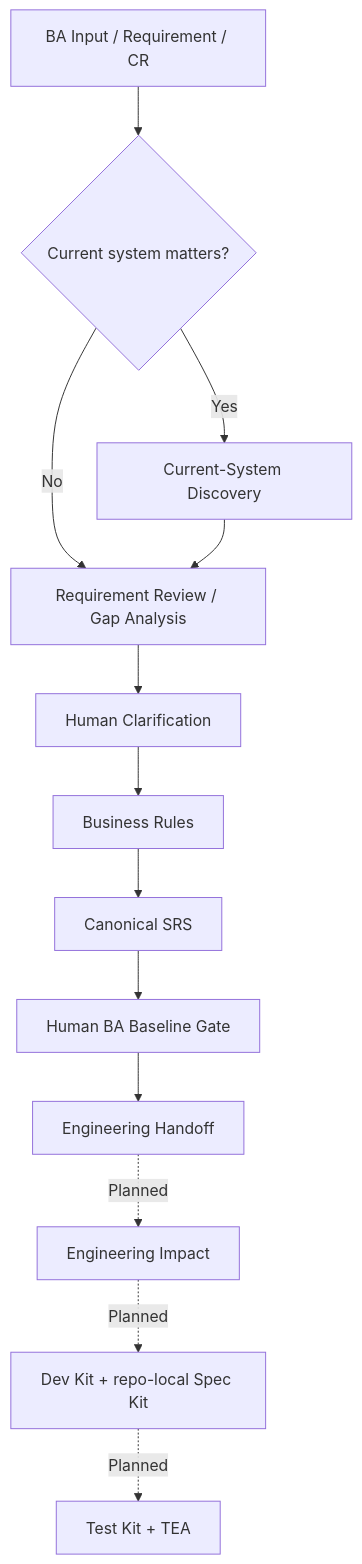
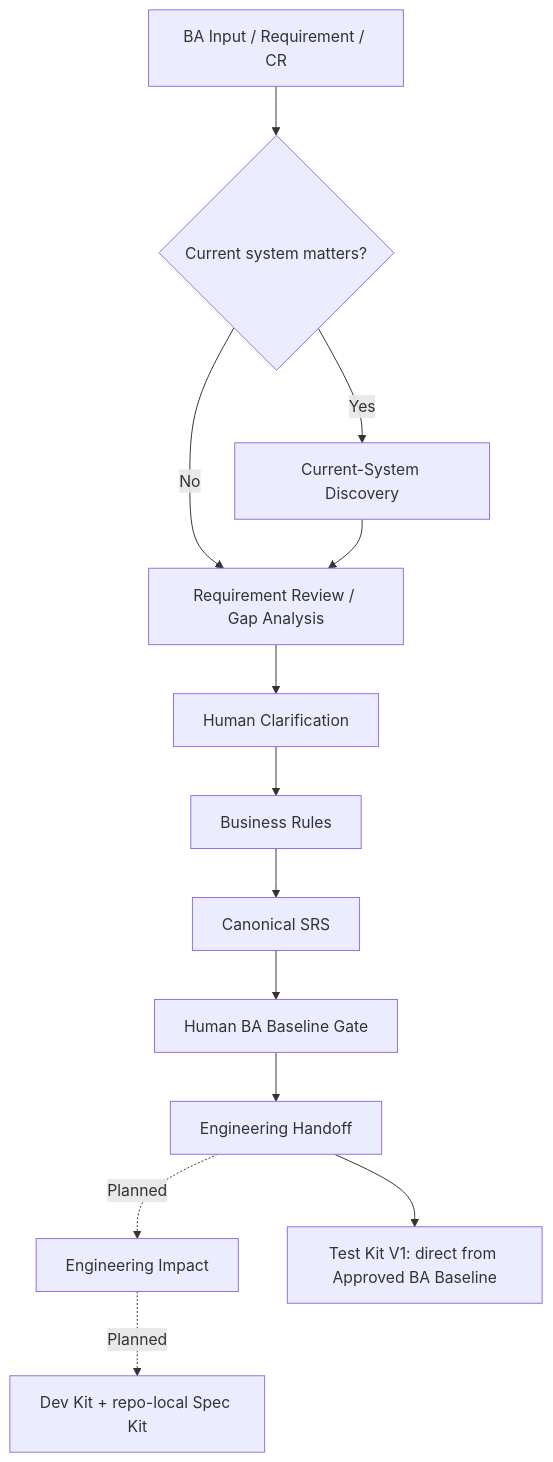
The first of 2 diagrams in docs/en/BA_KIT_WORKFLOW.md (iceteaofyoureyes/agent-skills), drawn with Mermaid before and after one commit. The commit also changed 25 other files, not shown here.

Commit message:
docs(test-kit): add V1 operator documentation

```diff
--- a/docs/en/BA_KIT_WORKFLOW.md
+++ b/docs/en/BA_KIT_WORKFLOW.md
@@ -12,15 +12,15 @@
 ~~~mermaid
 flowchart TD
     A[BA Input / Requirement / CR] --> B{Current system matters?}
     B -- Yes --> C[Current-System Discovery]
     B -- No --> D[Requirement Review / Gap Analysis]
     C --> D
     D --> E[Human Clarification]
     E --> F[Business Rules]
     F --> G[Canonical SRS]
     G --> H[Human BA Baseline Gate]
     H --> I[Engineering Handoff]
     I -. Planned .-> J[Engineering Impact]
     J -. Planned .-> K[Dev Kit + repo-local Spec Kit]
-    K -. Planned .-> L[Test Kit + TEA]
+    I --> L[Test Kit V1: direct from Approved BA Baseline]
 ~~~
```
